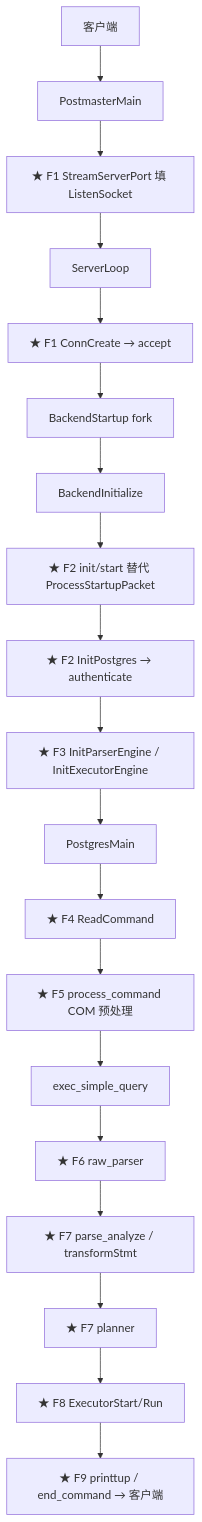
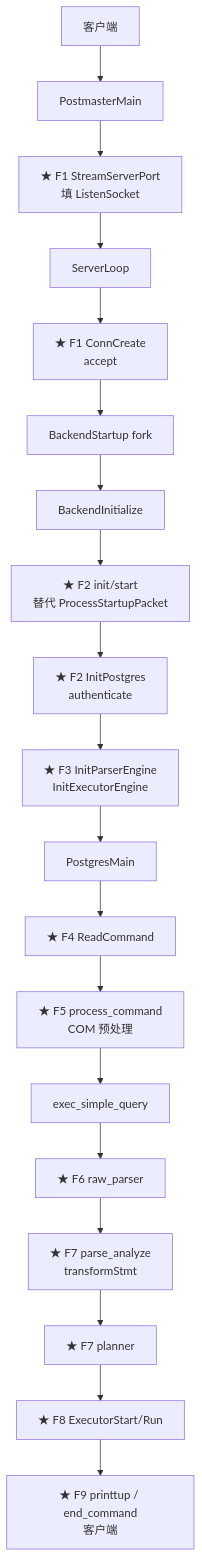
Before and after one commit to Meta11ic0/fluffynotes: the first of 6 diagrams in database/openhalo/openhalo-mysql-compatibility.md, drawn with Mermaid. The commit also changed other lines of this file, not shown here.

````diff
--- a/database/openhalo/openhalo-mysql-compatibility.md
+++ b/database/openhalo/openhalo-mysql-compatibility.md
@@ -66,21 +66,21 @@
 ```mermaid
 flowchart TB
     C[客户端] --> PM[PostmasterMain]
-    PM --> L["★ F1 StreamServerPort 填 ListenSocket"]
+    PM --> L["★ F1 StreamServerPort<br/>填 ListenSocket"]
     L --> SL[ServerLoop]
-    SL --> CC["★ F1 ConnCreate → accept"]
+    SL --> CC["★ F1 ConnCreate<br/>accept"]
     CC --> BS[BackendStartup fork]
     BS --> BI[BackendInitialize]
-    BI --> PSP["★ F2 init/start 替代 ProcessStartupPacket"]
-    PSP --> IP["★ F2 InitPostgres → authenticate"]
-    IP --> ENG["★ F3 InitParserEngine / InitExecutorEngine"]
+    BI --> PSP["★ F2 init/start<br/>替代 ProcessStartupPacket"]
+    PSP --> IP["★ F2 InitPostgres<br/>authenticate"]
+    IP --> ENG["★ F3 InitParserEngine<br/>InitExecutorEngine"]
     ENG --> PMN[PostgresMain]
     PMN --> RC["★ F4 ReadCommand"]
-    RC --> PC["★ F5 process_command COM 预处理"]
+    RC --> PC["★ F5 process_command<br/>COM 预处理"]
     PC --> ESQ[exec_simple_query]
     ESQ --> RP["★ F6 raw_parser"]
-    RP --> PA["★ F7 parse_analyze / transformStmt"]
+    RP --> PA["★ F7 parse_analyze<br/>transformStmt"]
     PA --> PL["★ F7 planner"]
     PL --> EX["★ F8 ExecutorStart/Run"]
-    EX --> PT["★ F9 printtup / end_command → 客户端"]
+    EX --> PT["★ F9 printtup / end_command<br/>客户端"]
 ```
````
